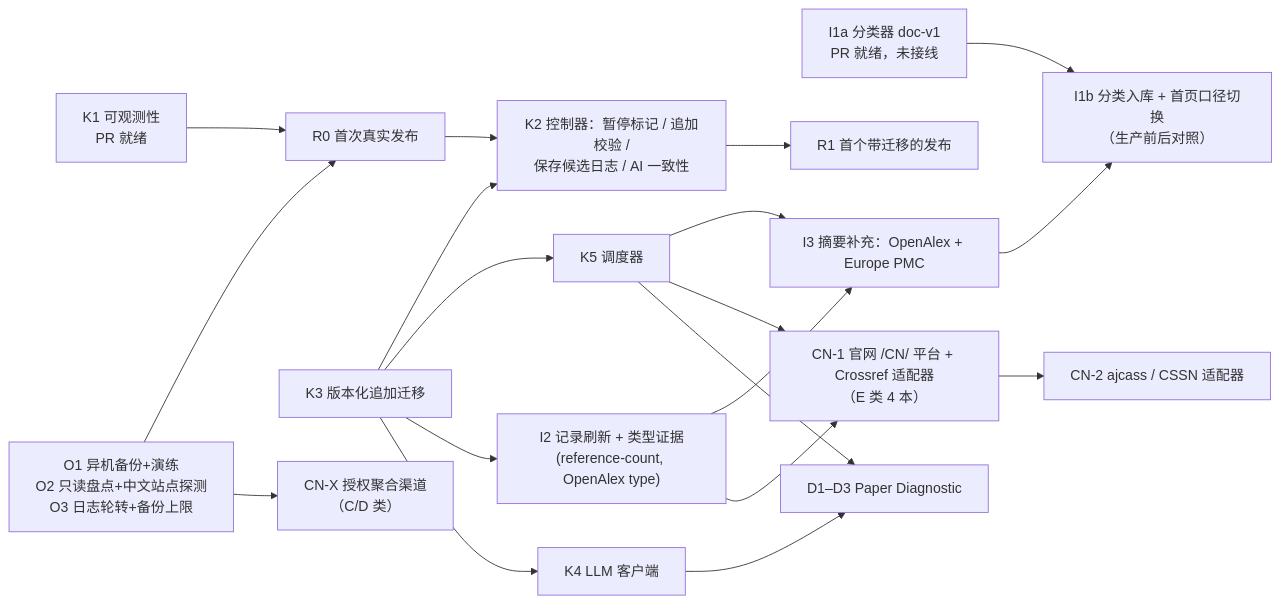
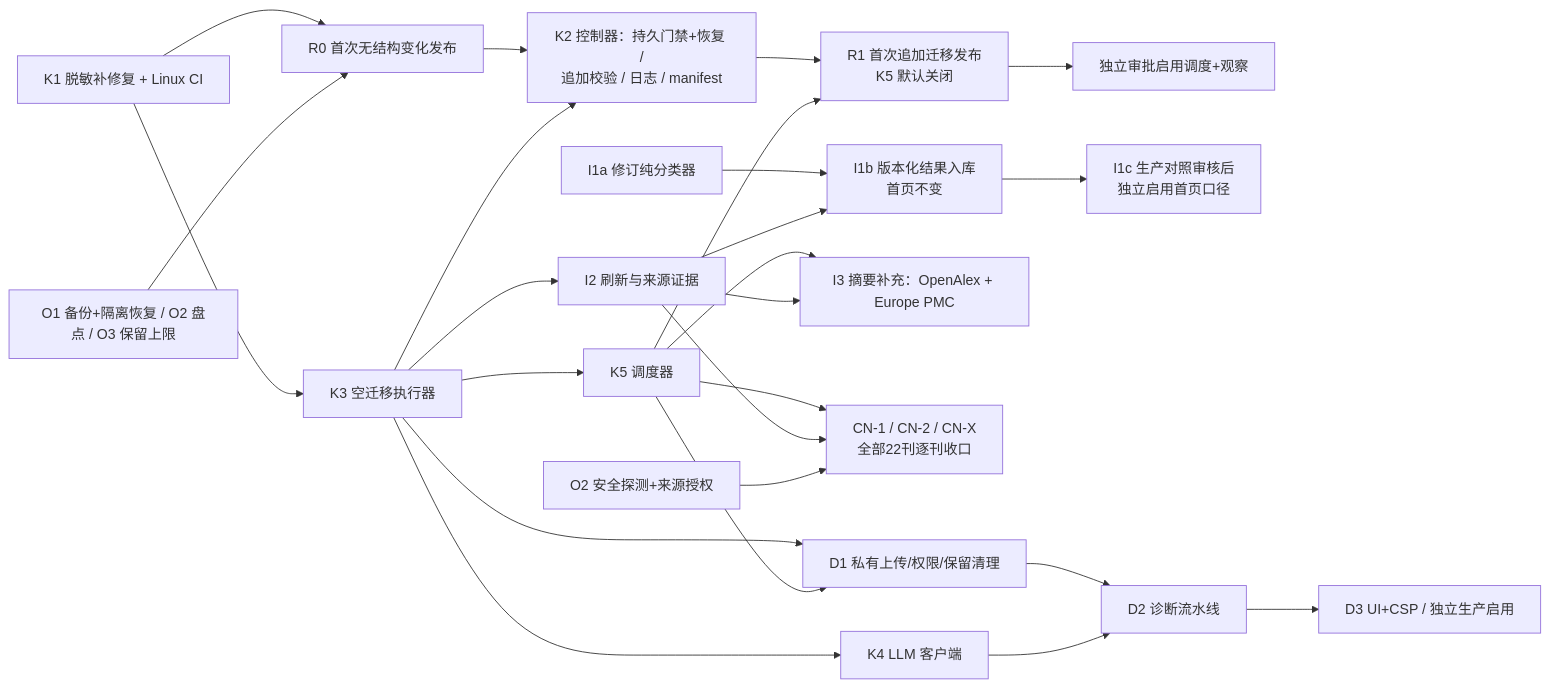
Before and after one commit to MartinZhong2026/FanScope: the diagram in docs/architecture/V2_DELIVERY_PLAN.md, drawn with Mermaid. The commit also changed other lines of this file and 2 other files, not shown here.

````diff
--- a/docs/architecture/V2_DELIVERY_PLAN.md
+++ b/docs/architecture/V2_DELIVERY_PLAN.md
@@ -324,19 +384,27 @@
 ```mermaid
 flowchart LR
-  K1["K1 可观测性<br/>PR 就绪"] --> R0
-  O["O1 异机备份+演练<br/>O2 只读盘点+中文站点探测<br/>O3 日志轮转+备份上限"] --> R0["R0 首次真实发布"]
-  CL["I1a 分类器 doc-v1<br/>PR 就绪，未接线"] --> I1b
-  K3["K3 版本化追加迁移"] --> K2["K2 控制器：暂停标记 / 追加校验 /<br/>保存候选日志 / AI 一致性"]
+  K1["K1 脱敏补修复 + Linux CI"] --> R0["R0 首次无结构变化发布"]
+  O["O1 备份+隔离恢复 / O2 盘点 / O3 保留上限"] --> R0
+  K1 --> K3["K3 空迁移执行器"]
+  R0 --> K2["K2 控制器：持久门禁+恢复 /<br/>追加校验 / 日志 / manifest"]
+  K3 --> K2
   K3 --> K5["K5 调度器"]
-  K3 --> I2["I2 记录刷新 + 类型证据<br/>(reference-count, OpenAlex type)"]
+  K2 --> R1["R1 首次追加迁移发布<br/>K5 默认关闭"]
+  K5 --> R1
+  R1 --> ON["独立审批启用调度+观察"]
+  K3 --> I2["I2 刷新与来源证据"]
+  CL["I1a 修订纯分类器"] --> I1b["I1b 版本化结果入库<br/>首页不变"]
+  I2 --> I1b
+  I1b --> I1c["I1c 生产对照审核后<br/>独立启用首页口径"]
   K5 --> I3["I3 摘要补充：OpenAlex + Europe PMC"]
   I2 --> I3
-  I3 --> I1b["I1b 分类入库 + 首页口径切换<br/>（生产前后对照）"]
-  K5 --> CN1["CN-1 官网 /CN/ 平台 + Crossref 适配器<br/>（E 类 4 本）"]
-  I2 --> CN1
-  CN1 --> CN2["CN-2 ajcass / CSSN 适配器"]
-  O --> CNX["CN-X 授权聚合渠道<br/>（C/D 类）"]
-  K3 --> K4["K4 LLM 客户端"] --> D1["D1–D3 Paper Diagnostic"]
+  K5 --> CN["CN-1 / CN-2 / CN-X<br/>全部22刊逐刊收口"]
+  I2 --> CN
+  OP["O2 安全探测+来源授权"] --> CN
+  K3 --> K4["K4 LLM 客户端"]
+  K3 --> D1["D1 私有上传/权限/保留清理"]
   K5 --> D1
-  R0 --> K2 --> R1["R1 首个带迁移的发布"]
+  D1 --> D2["D2 诊断流水线"]
+  K4 --> D2
+  D2 --> D3["D3 UI+CSP / 独立生产启用"]
 ```
````
